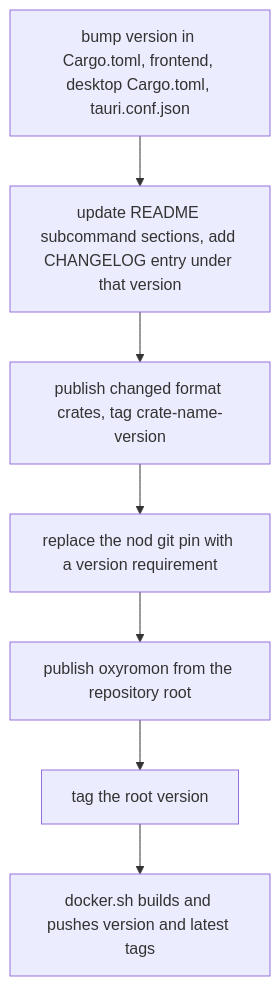
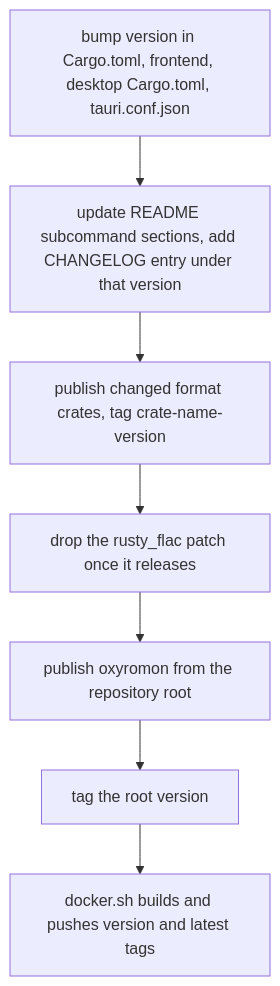
The second of 2 diagrams in openwiki/operations/build-and-release.md (alucryd/oxyromon), drawn with Mermaid before and after one commit. The commit also changed other lines of this file and 67 other files, not shown here.

````diff
--- a/openwiki/operations/build-and-release.md
+++ b/openwiki/operations/build-and-release.md
@@ -300,9 +292,9 @@
 ```mermaid
 flowchart TD
   V["bump version in Cargo.toml, frontend, desktop Cargo.toml, tauri.conf.json"] --> DOC["update README subcommand sections, add CHANGELOG entry under that version"]
   DOC --> FC["publish changed format crates, tag crate-name-version"]
-  FC --> PIN["replace the nod git pin with a version requirement"]
+  FC --> PIN["drop the rusty_flac patch once it releases"]
   PIN --> PUB["publish oxyromon from the repository root"]
   PUB --> TAG["tag the root version"]
   TAG --> IMG["docker.sh builds and pushes version and latest tags"]
 ```
````
